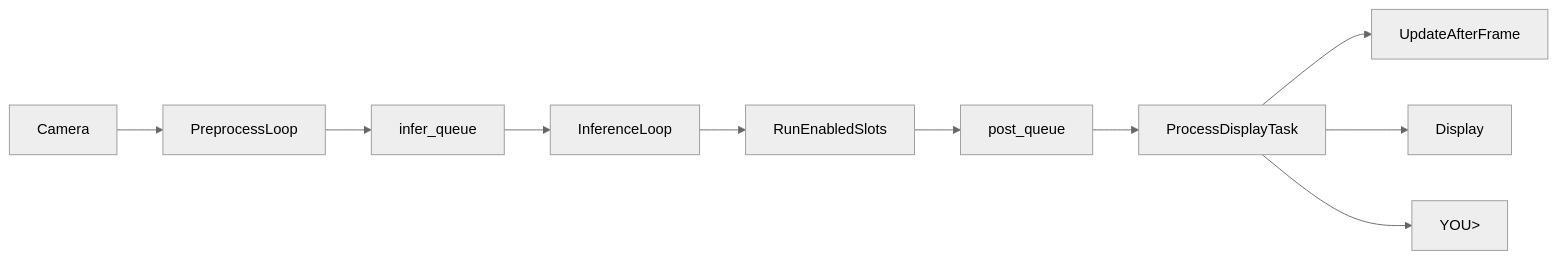
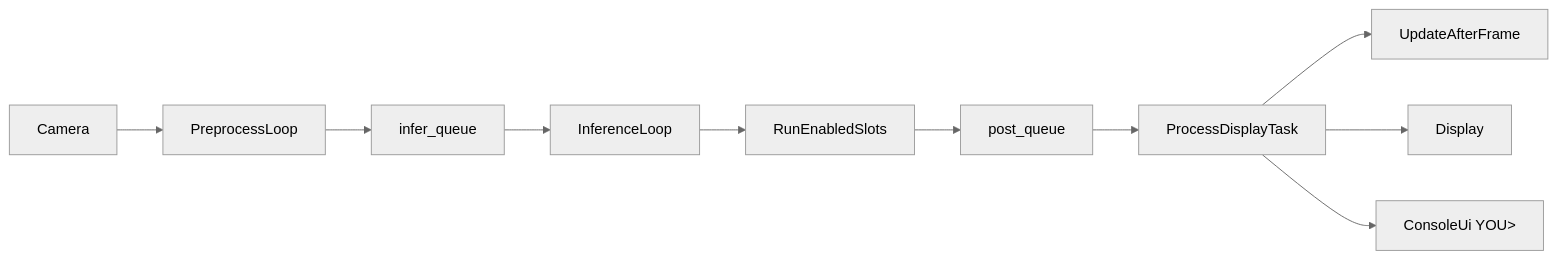
One commit to kyshipit/eai-rk3588 changed the third of 3 diagrams in docs/architecture-and-runtime.md. Above: the diagram before and after it, drawn with Mermaid (neutral theme). The commit also changed other lines of this file and 19 other files, not shown here.

````diff
--- a/docs/architecture-and-runtime.md
+++ b/docs/architecture-and-runtime.md
@@ -147,12 +148,12 @@
 ```mermaid
 flowchart LR
     Cam[Camera] --> Pre[PreprocessLoop]
     Pre --> IQ[infer_queue]
     IQ --> Inf[InferenceLoop]
     Inf --> Slots[RunEnabledSlots]
     Slots --> PQ[post_queue]
     PQ --> Main[ProcessDisplayTask]
     Main --> MC[UpdateAfterFrame]
     Main --> Disp[Display]
-    Main --> Stdin[YOU>]
+    Main --> UI[ConsoleUi YOU>]
 ```
````
